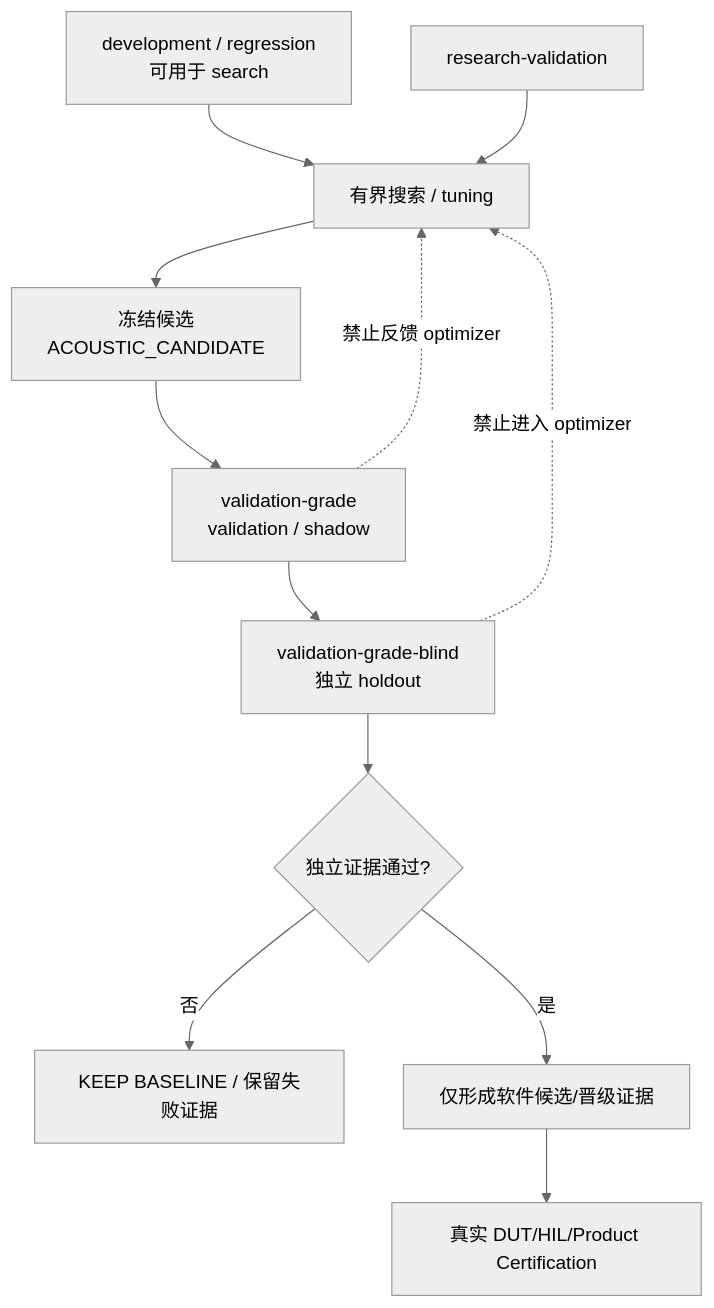
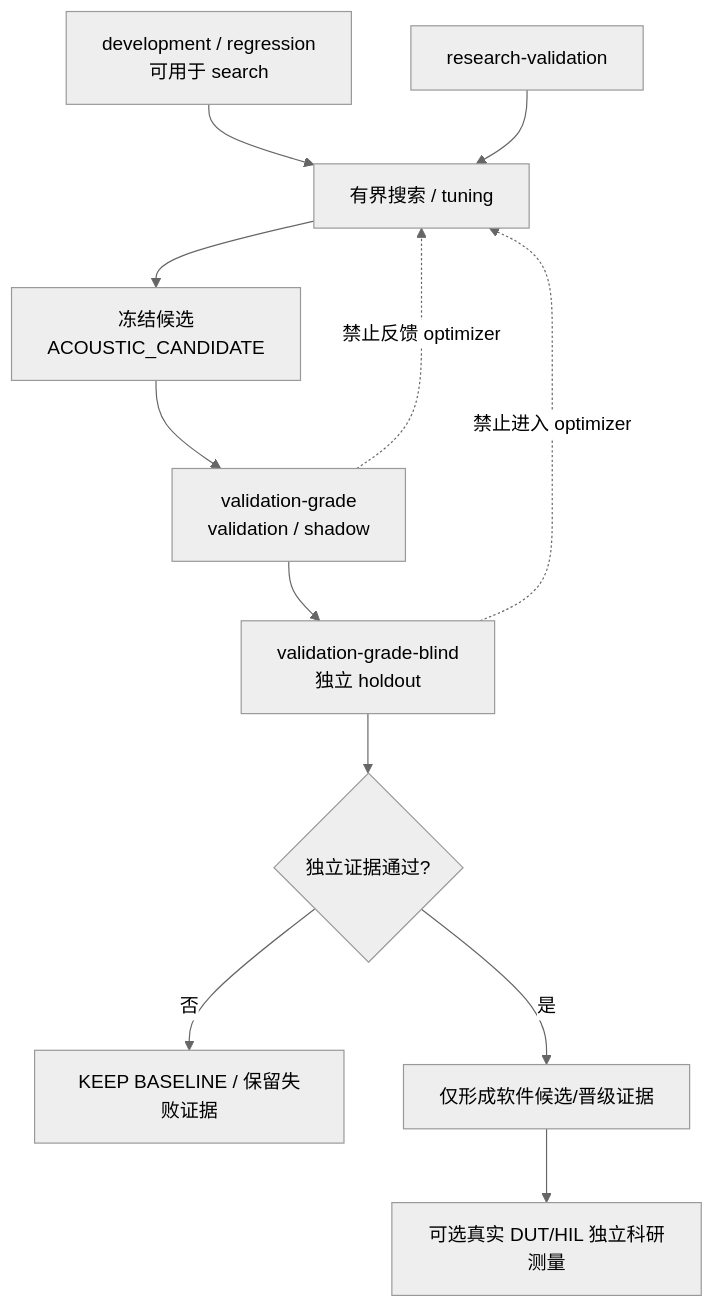
One commit to jiying2007/audio-pipeline changed the third of 7 diagrams in docs/FLOWS.zh-CN.md. Above: the diagram before and after it, drawn with Mermaid (neutral theme). The commit also changed other lines of this file and 11 other files, not shown here.

````diff
--- a/docs/FLOWS.zh-CN.md
+++ b/docs/FLOWS.zh-CN.md
@@ -58,15 +58,15 @@
 ```mermaid
 flowchart TD
     D[development / regression\n可用于 search] --> S[有界搜索 / tuning]
     S --> C[冻结候选\nACOUSTIC_CANDIDATE]
     C --> V[validation-grade\nvalidation / shadow]
     V --> B[validation-grade-blind\n独立 holdout]
     B --> R{独立证据通过?}
     R -- 否 --> K[KEEP BASELINE / 保留失败证据]
     R -- 是 --> P[仅形成软件候选/晋级证据]
-    P --> H[真实 DUT/HIL/Product Certification]
+    P --> H[可选真实 DUT/HIL 独立科研测量]
 
     X[research-validation] --> S
     V -.禁止反馈 optimizer.-> S
     B -.禁止进入 optimizer.-> S
 ```
````
